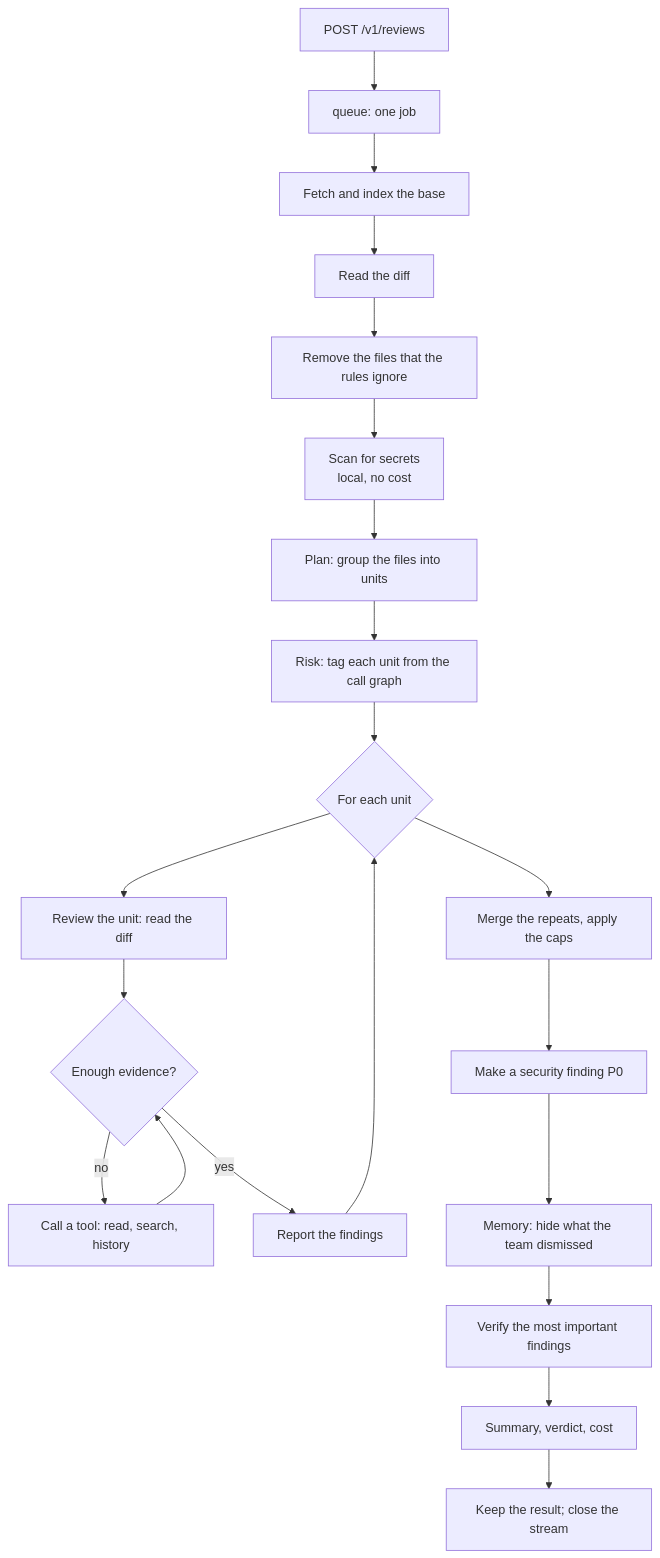
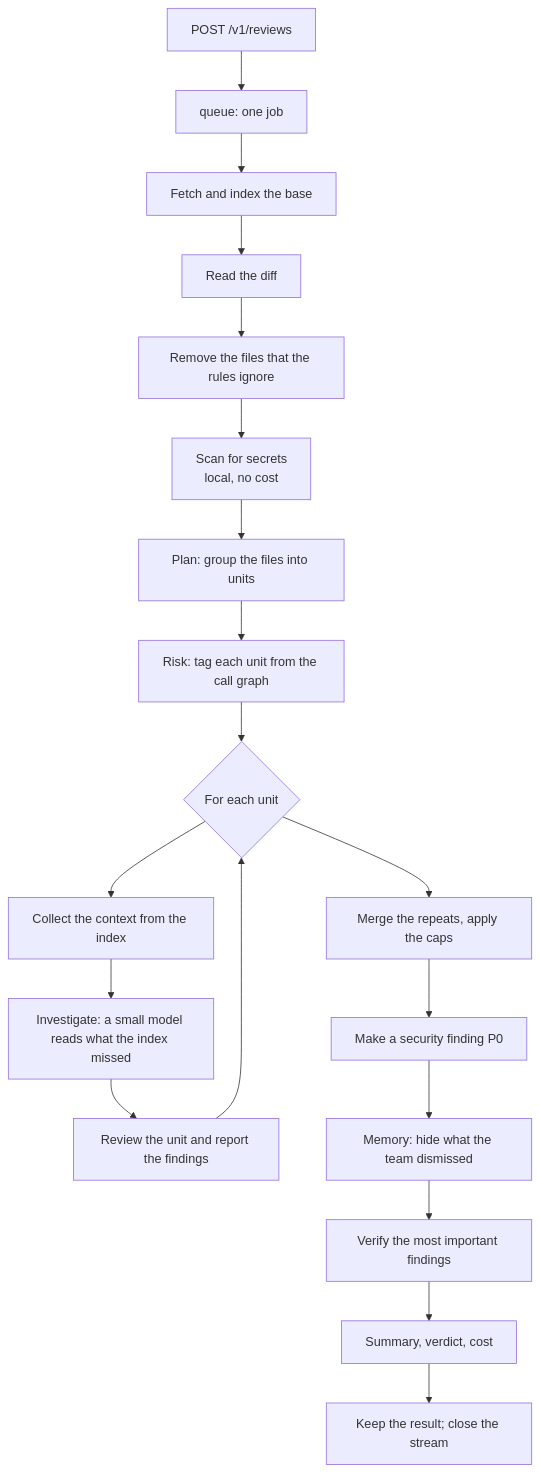
One commit to tanmoysrt/beagle changed the second of 6 diagrams in docs/architecture.md. Above: the diagram before and after it, drawn with Mermaid. The commit also changed other lines of this file and 14 other files, not shown here.

First line of the commit message:
feat(review): an investigator gathers the context, the reviewer judges it

````diff
--- a/docs/architecture.md
+++ b/docs/architecture.md
@@ -153,23 +153,21 @@
 ```mermaid
 flowchart TD
     A[POST /v1/reviews] --> B[queue: one job]
     B --> C[Fetch and index the base]
     C --> D[Read the diff]
     D --> E[Remove the files that the rules ignore]
     E --> F[Scan for secrets<br/>local, no cost]
     F --> G[Plan: group the files into units]
     G --> H[Risk: tag each unit from the call graph]
     H --> I{For each unit}
-    I --> J[Review the unit: read the diff]
-    J --> K{Enough evidence?}
-    K -- no --> L[Call a tool: read, search, history]
-    L --> K
-    K -- yes --> M[Report the findings]
+    I --> J[Collect the context from the index]
+    J --> K[Investigate: a small model reads what the index missed]
+    K --> M[Review the unit and report the findings]
     M --> I
     I --> N[Merge the repeats, apply the caps]
     N --> O[Make a security finding P0]
     O --> P[Memory: hide what the team dismissed]
     P --> Q[Verify the most important findings]
     Q --> R[Summary, verdict, cost]
     R --> S[Keep the result; close the stream]
 ```
````
